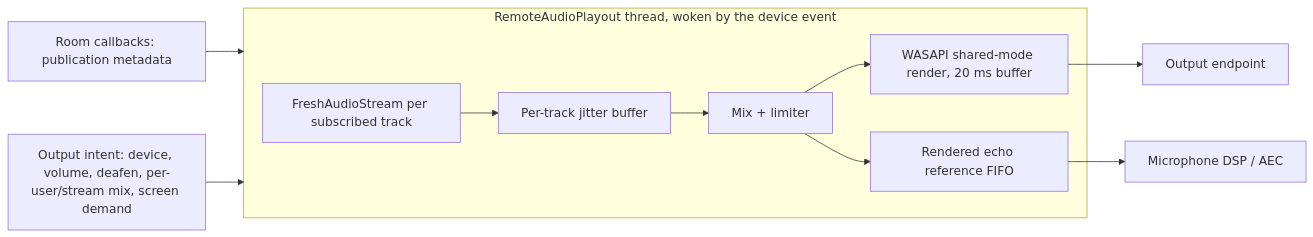
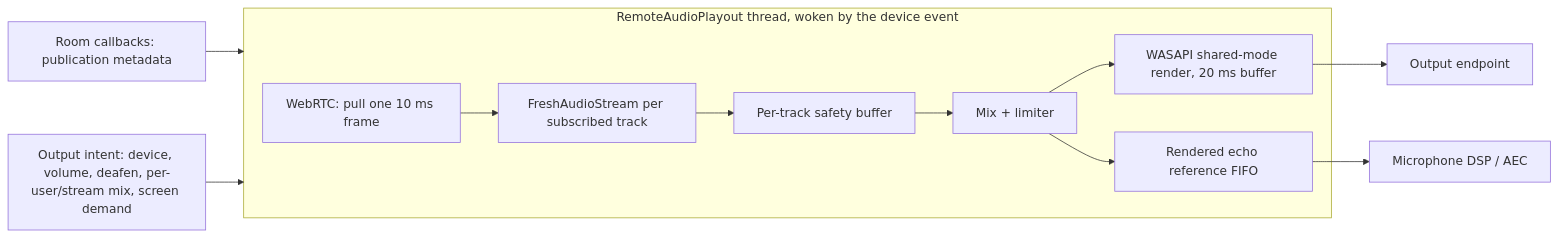
Before and after one commit to syrnike13/syrnike13-app: the diagram in docs/native-v2/REMOTE_AUDIO.md, drawn with Mermaid. The commit also changed other lines of this file and 7 other files, not shown here.

````diff
--- a/docs/native-v2/REMOTE_AUDIO.md
+++ b/docs/native-v2/REMOTE_AUDIO.md
@@ -8,13 +8,14 @@
 ```mermaid
 flowchart LR
   Room[Room callbacks: publication metadata] --> Playout
   Controls[Output intent: device, volume, deafen, per-user/stream mix, screen demand] --> Playout
   subgraph Playout[RemoteAudioPlayout thread, woken by the device event]
-    Readers[FreshAudioStream per subscribed track] --> Jitter[Per-track jitter buffer]
+    Pull[WebRTC: pull one 10 ms frame] --> Readers[FreshAudioStream per subscribed track]
+    Readers --> Jitter[Per-track safety buffer]
     Jitter --> Mix[Mix + limiter]
     Mix --> Render[WASAPI shared-mode render, 20 ms buffer]
     Mix --> Echo[Rendered echo reference FIFO]
   end
   Render --> Device[Output endpoint]
   Echo --> DSP[Microphone DSP / AEC]
 ```
````
